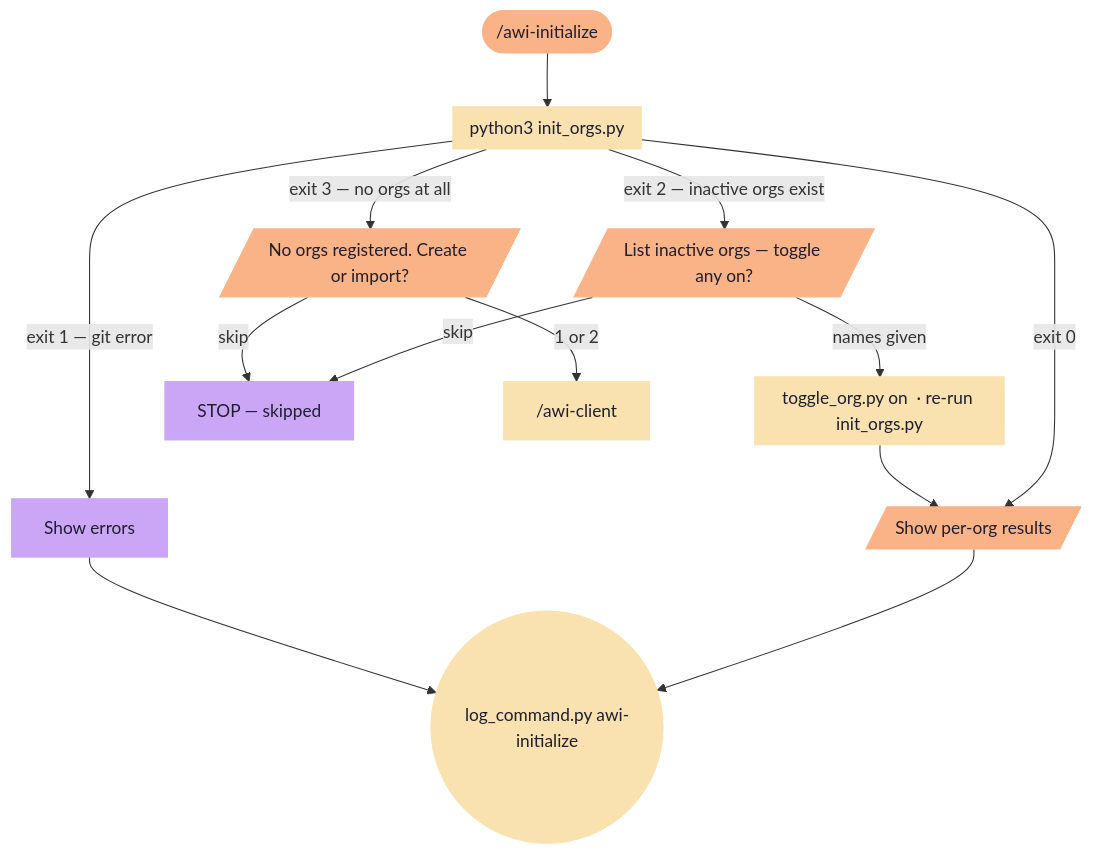
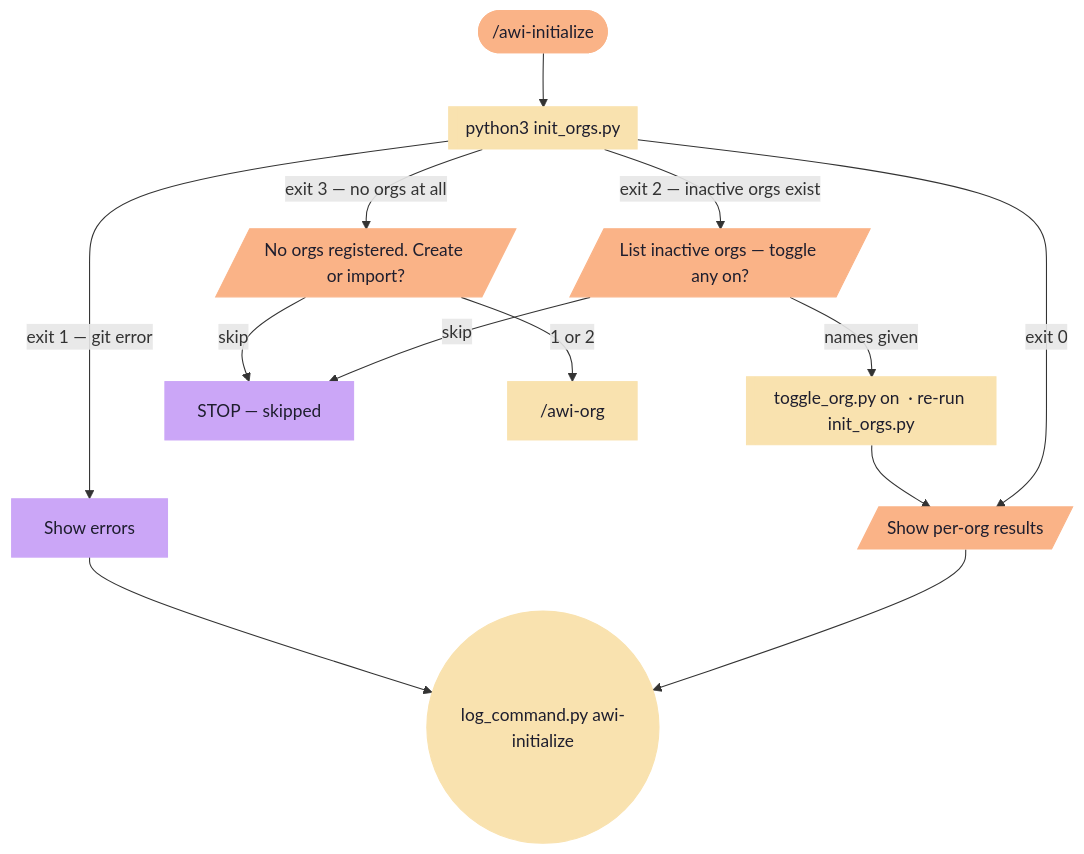
Before and after one commit to GuidoAmici/awi-core: the diagram in _system/agentic-workflow-integrator/workflow-graphs/skills/awi-initialize.md, drawn with Mermaid. The commit also changed 16 other files, not shown here.

````diff
--- a/_system/agentic-workflow-integrator/workflow-graphs/skills/awi-initialize.md
+++ b/_system/agentic-workflow-integrator/workflow-graphs/skills/awi-initialize.md
@@ -19,23 +19,23 @@
 ```mermaid
 graph TD
     A(["/awi-initialize"]) --> B[["python3 init_orgs.py"]]
     B -->|exit 0| C[/"Show per-org results"/]
     B -->|exit 1 — git error| D["Show errors"]
     B -->|exit 2 — inactive orgs exist| E[/"List inactive orgs — toggle any on?"/]
     B -->|exit 3 — no orgs at all| F[/"No orgs registered. Create or import?"/]
     E -->|names given| G[["toggle_org.py on <name> · re-run init_orgs.py"]]
     E -->|skip| H["STOP — skipped"]
-    F -->|1 or 2| I["/awi-client"]
+    F -->|1 or 2| I["/awi-org"]
     F -->|skip| H
     G --> C
     C --> J(("log_command.py awi-initialize"))
     D --> J
 
     classDef ai    fill:#cba6f7,color:#1e1e2e,stroke:#cba6f7
     classDef det   fill:#f9e2af,color:#1e1e2e,stroke:#f9e2af
     classDef human fill:#fab387,color:#1e1e2e,stroke:#fab387
 
     class A,C,E,F human
     class D,H ai
     class B,G,I,J det
 ```
````
